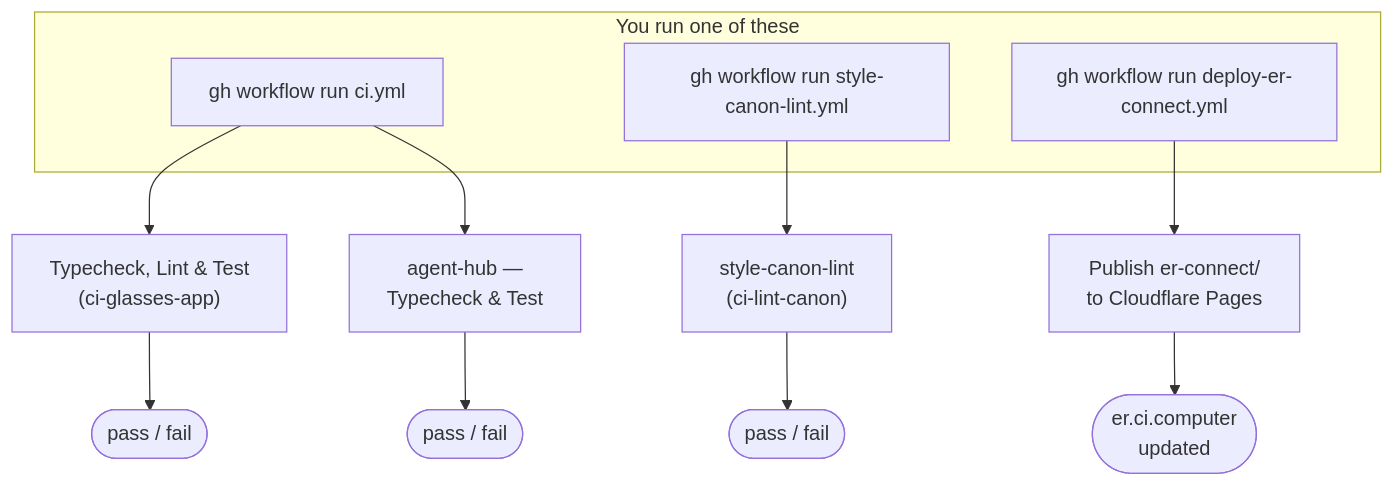
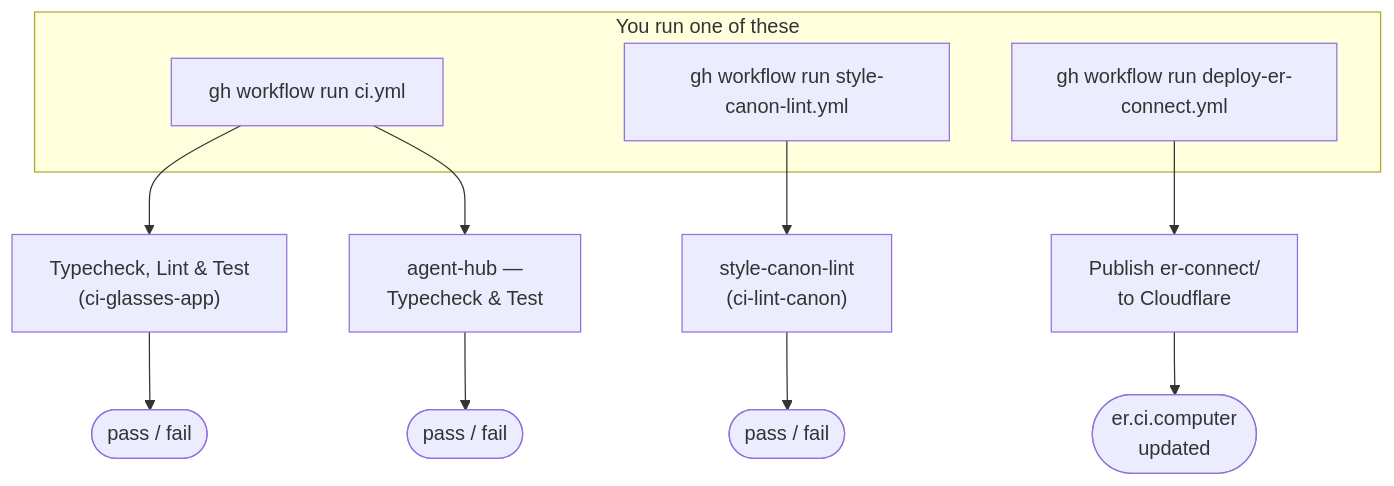
Before and after one commit to companionintelligence/CI-Even-Realities: the diagram in docs/ci-pipeline.md, drawn with Mermaid. The commit also changed other lines of this file and 32 other files, not shown here.

First line of the commit message:
feat(er-connect): rebuild as a real app on @companionintelligence/ui (#38)

````diff
--- a/docs/ci-pipeline.md
+++ b/docs/ci-pipeline.md
@@ -21,18 +21,18 @@
 ```mermaid
 flowchart TD
     subgraph dispatch["You run one of these"]
         t1["gh workflow run ci.yml"]
         t2["gh workflow run style-canon-lint.yml"]
         t3["gh workflow run deploy-er-connect.yml"]
     end
 
     t1 --> ciJob["Typecheck, Lint & Test<br/>(ci-glasses-app)"]
     t1 --> hubJob["agent-hub —<br/>Typecheck & Test"]
     t2 --> canonJob["style-canon-lint<br/>(ci-lint-canon)"]
-    t3 --> deployJob["Publish er-connect/<br/>to Cloudflare Pages"]
+    t3 --> deployJob["Publish er-connect/<br/>to Cloudflare"]
 
     ciJob --> greenCi(["pass / fail"])
     hubJob --> greenHub(["pass / fail"])
     canonJob --> greenCanon(["pass / fail"])
     deployJob --> live(["er.ci.computer<br/>updated"])
 ```
````
